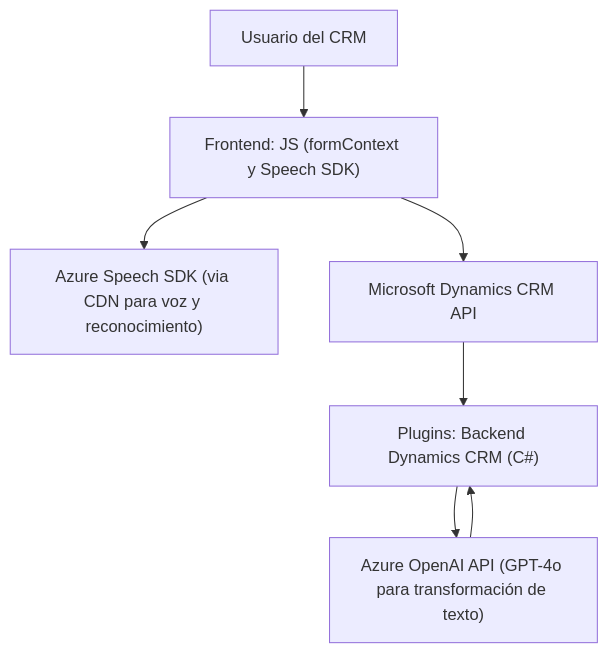
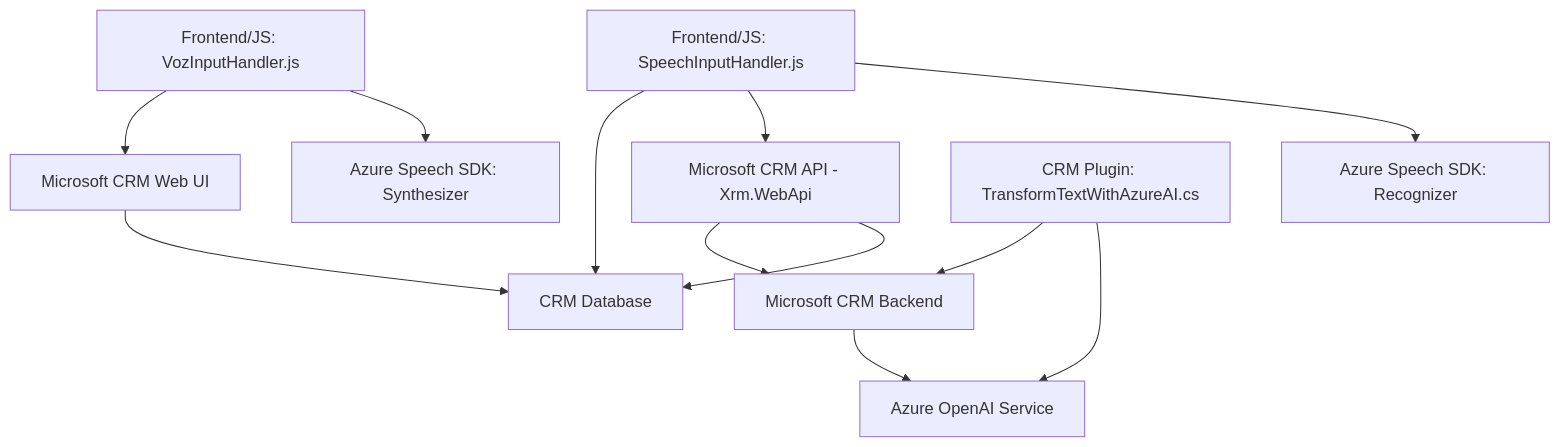
The diagram in README.md (blopezdm/NETCORE_BILBAO2025), drawn with Mermaid before and after one commit. The commit also changed other lines of this file, not shown here.

````diff
--- a/README.md
+++ b/README.md
@@ -42,16 +25,15 @@
 ```mermaid
 graph TD
-    A["Frontend: JS (formContext y Speech SDK)"]
-    B["Azure Speech SDK (via CDN para voz y reconocimiento)"]
-    C["Plugins: Backend Dynamics CRM (C#)"]
-    D["Azure OpenAI API (GPT-4o para transformación de texto)"]
-    E["Microsoft Dynamics CRM API"]
-    F["Usuario del CRM"]
+    A["Frontend/JS: VozInputHandler.js"] --> B["Azure Speech SDK: Synthesizer"]
+    A --> C["Microsoft CRM Web UI"]
+    D["Frontend/JS: SpeechInputHandler.js"] --> E["Azure Speech SDK: Recognizer"]
+    D --> F["Microsoft CRM API - Xrm.WebApi"]
+    F --> G["CRM Database"]
+    I["CRM Plugin: TransformTextWithAzureAI.cs"] --> H["Azure OpenAI Service"]
 
-    F --> A
-    A --> B
-    A --> E
-    E --> C
-    C --> D
-    D --> C
+    C --> G
+    F --> J["Microsoft CRM Backend"]
+    J --> H
+    I --> J
+    D --> G
 ```
````
